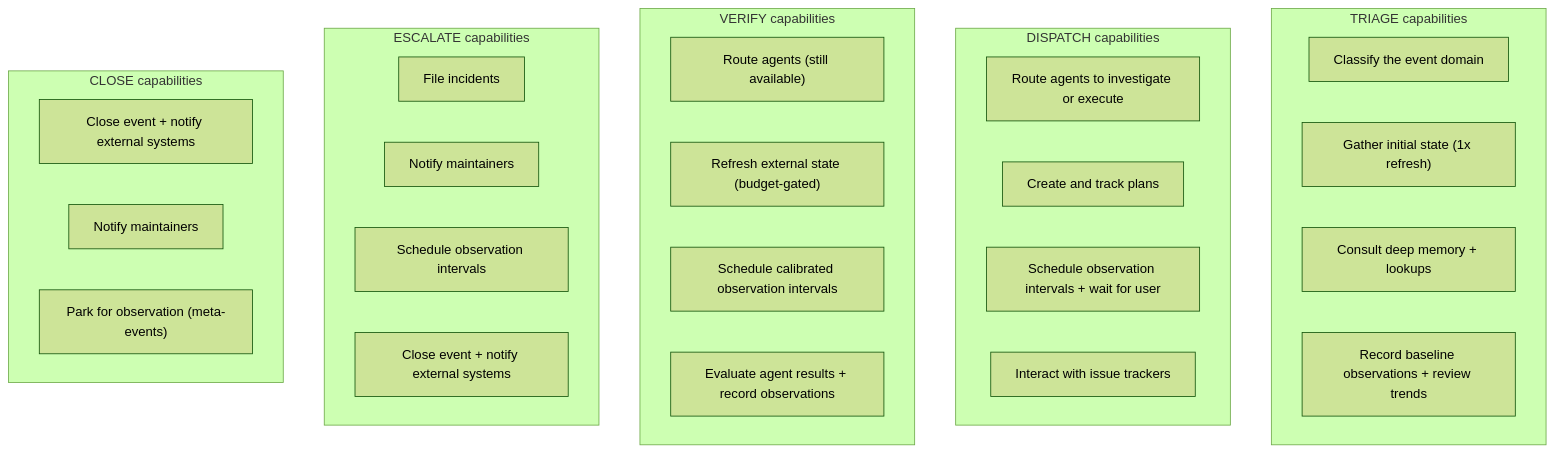
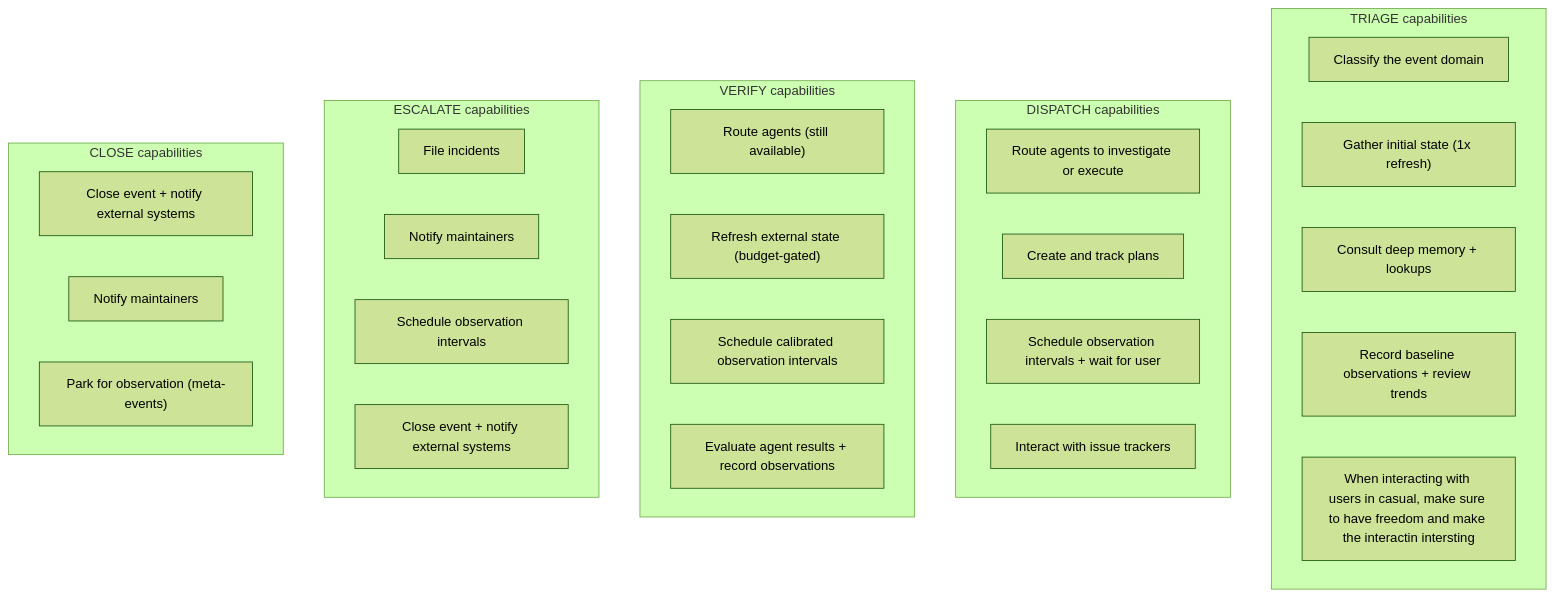
One commit to The-Darwin-Project/Blackboard changed the third of 5 diagrams in src/agents/brain_skills/always/09-phase-lifecycle.md. Above: the diagram before and after it, drawn with Mermaid (forest theme).

Commit message:
docs: add guideline for user interaction in casual settings
Included a new guideline emphasizing the importance of freedom and engagement during user interactions in casual contexts. This addition aims to enhance the conversational experience by encouraging interesting interactions.

````diff
--- a/src/agents/brain_skills/always/09-phase-lifecycle.md
+++ b/src/agents/brain_skills/always/09-phase-lifecycle.md
@@ -74,36 +74,37 @@
 ```mermaid
 graph TD
     subgraph triage ["TRIAGE capabilities"]
         T1["Classify the event domain"]
         T2["Gather initial state (1x refresh)"]
         T3["Consult deep memory + lookups"]
         T4["Record baseline observations + review trends"]
+        T5["When interacting with users in casual, make sure to have freedom and make the interactin intersting"]
     end
 
     subgraph dispatch ["DISPATCH capabilities"]
         D1["Route agents to investigate or execute"]
         D2["Create and track plans"]
         D3["Schedule observation intervals + wait for user"]
         D4["Interact with issue trackers"]
     end
 
     subgraph verify ["VERIFY capabilities"]
         D1b["Route agents (still available)"]
         V1["Refresh external state (budget-gated)"]
         V2["Schedule calibrated observation intervals"]
         V3["Evaluate agent results + record observations"]
     end
 
     subgraph escalateTools ["ESCALATE capabilities"]
         E1["File incidents"]
         E2["Notify maintainers"]
         E3["Schedule observation intervals"]
         E4["Close event + notify external systems"]
     end
 
     subgraph closeTools ["CLOSE capabilities"]
         C1["Close event + notify external systems"]
         C2["Notify maintainers"]
         C3["Park for observation (meta-events)"]
     end
 ```
````
